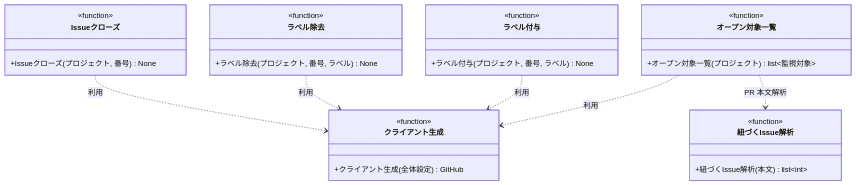
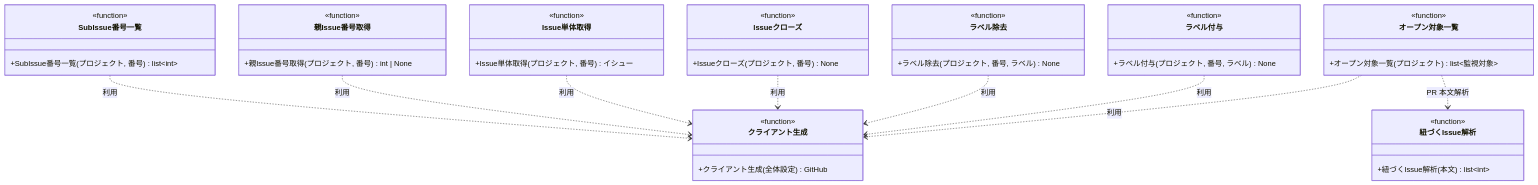
One commit to shuhei1101/ai-monitor-e2e changed the diagram in docs/wiki/設計図/モジュール構成/モニター/GitHub連携.md. Above: the diagram before and after it, drawn with Mermaid. The commit also changed other lines of this file and 19 other files, not shown here.

````diff
--- a/docs/wiki/設計図/モジュール構成/モニター/GitHub連携.md
+++ b/docs/wiki/設計図/モジュール構成/モニター/GitHub連携.md
@@ -29,40 +32,58 @@
 ```mermaid
 classDiagram
   オープン対象一覧 ..> クライアント生成 : 利用
   オープン対象一覧 ..> 紐づくIssue解析 : PR 本文解析
   ラベル付与 ..> クライアント生成 : 利用
   ラベル除去 ..> クライアント生成 : 利用
   Issueクローズ ..> クライアント生成 : 利用
+  Issue単体取得 ..> クライアント生成 : 利用
+  親Issue番号取得 ..> クライアント生成 : 利用
+  SubIssue番号一覧 ..> クライアント生成 : 利用
 
   class クライアント生成 {
     <<function>>
     +クライアント生成(全体設定) GitHub
   }
   class オープン対象一覧 {
     <<function>>
     +オープン対象一覧(プロジェクト) list~監視対象~
   }
   class 紐づくIssue解析 {
     <<function>>
     +紐づくIssue解析(本文) list~int~
   }
   class ラベル付与 {
     <<function>>
     +ラベル付与(プロジェクト, 番号, ラベル) None
   }
   class ラベル除去 {
     <<function>>
     +ラベル除去(プロジェクト, 番号, ラベル) None
   }
   class Issueクローズ {
     <<function>>
     +Issueクローズ(プロジェクト, 番号) None
   }
+  class Issue単体取得 {
+    <<function>>
+    +Issue単体取得(プロジェクト, 番号) イシュー
+  }
+  class 親Issue番号取得 {
+    <<function>>
+    +親Issue番号取得(プロジェクト, 番号) int | None
+  }
+  class SubIssue番号一覧 {
+    <<function>>
+    +SubIssue番号一覧(プロジェクト, 番号) list~int~
+  }
 
   click クライアント生成 href "#クライアント生成"
   click オープン対象一覧 href "#オープン対象一覧"
   click 紐づくIssue解析 href "#紐づく-issue-解析"
   click ラベル付与 href "#ラベル付与"
   click ラベル除去 href "#ラベル除去"
   click Issueクローズ href "#issue-クローズ"
+  click Issue単体取得 href "#issue-単体取得"
+  click 親Issue番号取得 href "#親-issue-番号取得"
+  click SubIssue番号一覧 href "#sub-issue-番号一覧"
 ```
````
